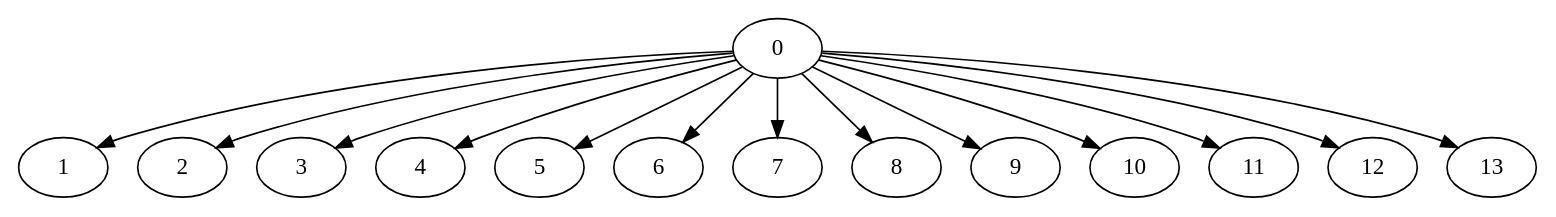
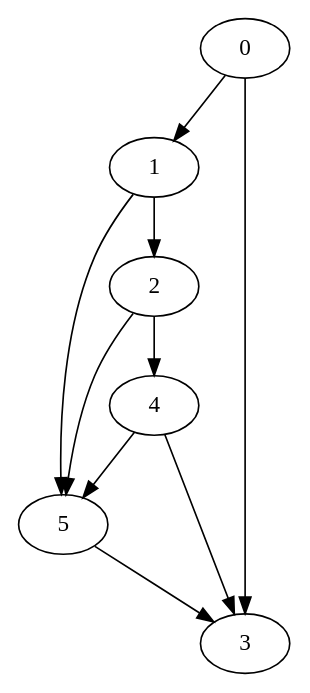
Before and after one commit to GabeJerome/Graphs: the diagram in g4.gv, drawn with Graphviz. The commit also changed 12 other files, not shown here.

```diff
--- a/g4.gv
+++ b/g4.gv
@@ -1,15 +1,11 @@
-digraph G {
-	0 -> 1
-	0 -> 2
-	0 -> 3
-	0 -> 4
-	0 -> 5
-	0 -> 6
-	0 -> 7
-	0 -> 8
-	0 -> 9
-	0 -> 10
-	0 -> 11
-	0 -> 12
-	0 -> 13
+digraph g{
+	0 -> 1 [weight = 4]
+	0 -> 3 [weight = 9]
+	1 -> 2 [weight = 2]
+	1 -> 5 [weight = 2]
+	2 -> 4 [weight = 6]
+	2 -> 5 [weight = 7]
+	4 -> 3 [weight = 2]
+	4 -> 5
+	5 -> 3
 }
```
